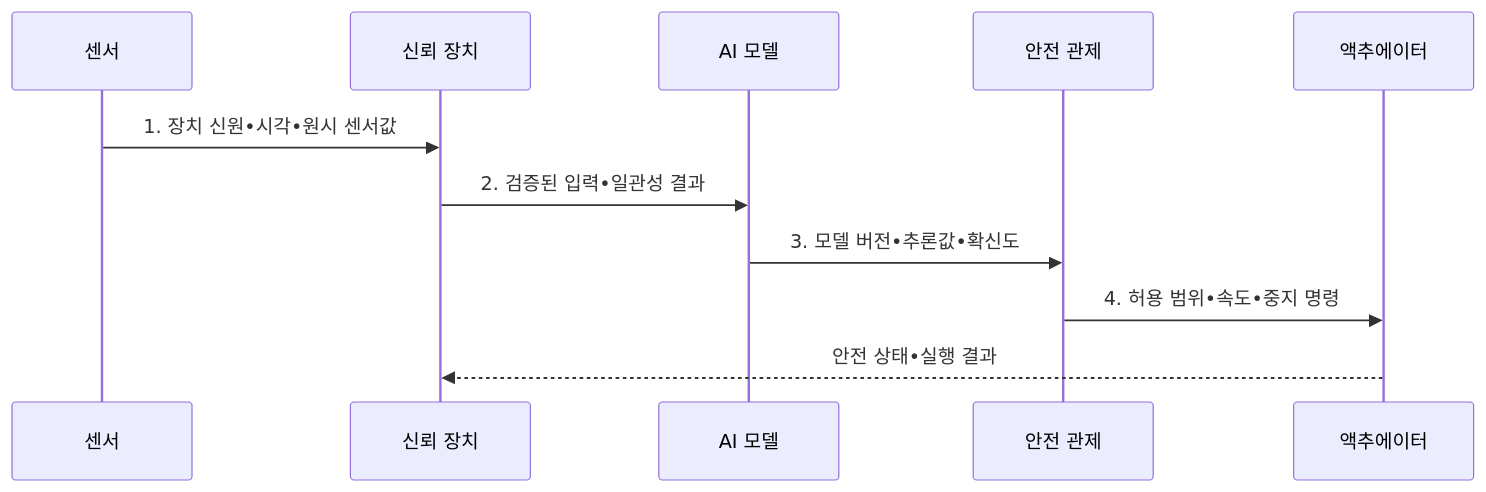
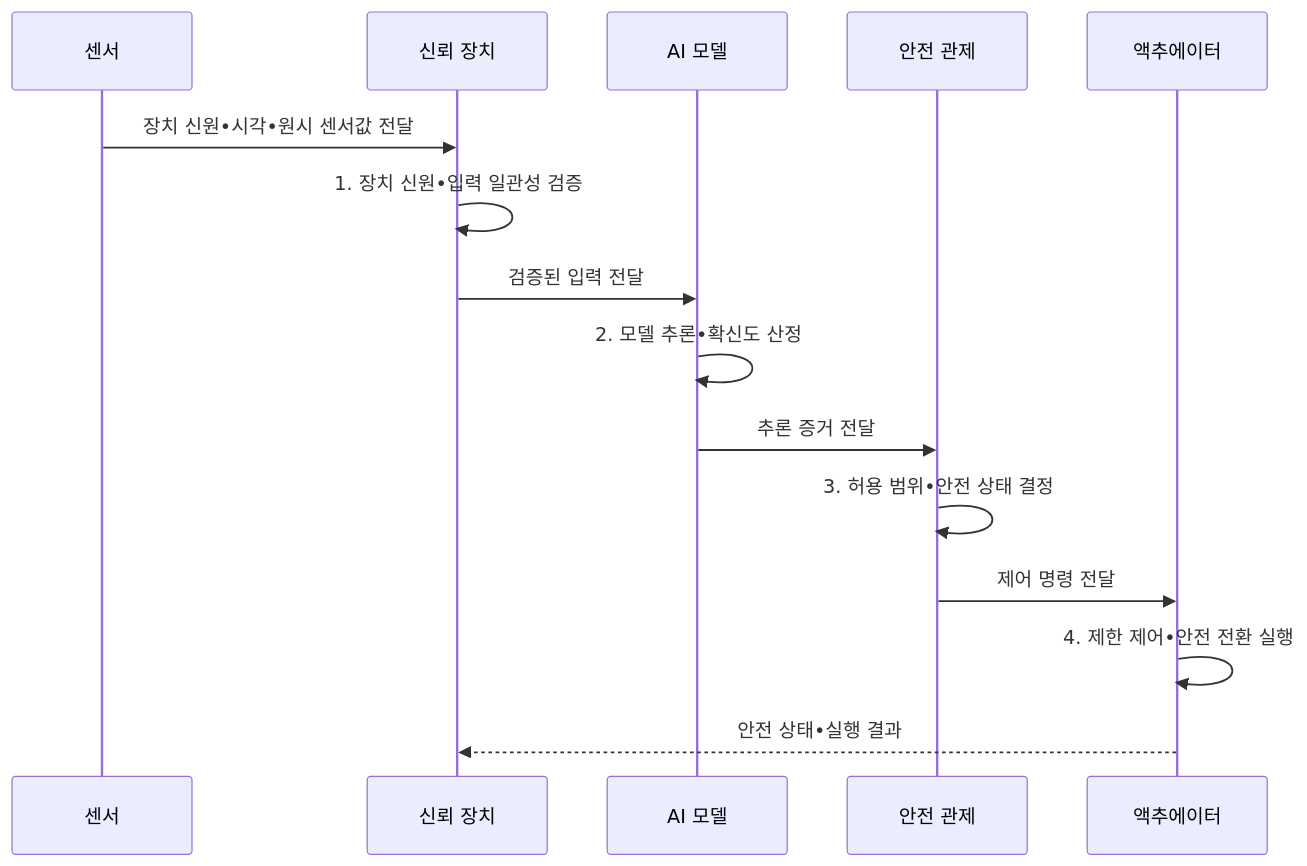
Before and after one commit to agnusdei1207/knowledge-base: the second of 2 diagrams in src/content/docs/notes/05-security/132_aiot_security.md, drawn with Mermaid. The commit also changed other lines of this file and 19 other files, not shown here.

````diff
--- a/src/content/docs/notes/05-security/132_aiot_security.md
+++ b/src/content/docs/notes/05-security/132_aiot_security.md
@@ -104,13 +104,17 @@
 ```mermaid
 sequenceDiagram
   participant S as 센서
   participant D as 신뢰 장치
   participant M as AI 모델
   participant G as 안전 관제
   participant A as 액추에이터
-  S->>D: 1. 장치 신원•시각•원시 센서값
-  D->>M: 2. 검증된 입력•일관성 결과
-  M->>G: 3. 모델 버전•추론값•확신도
-  G->>A: 4. 허용 범위•속도•중지 명령
+  S->>D: 장치 신원•시각•원시 센서값 전달
+  D->>D: 1. 장치 신원•입력 일관성 검증
+  D->>M: 검증된 입력 전달
+  M->>M: 2. 모델 추론•확신도 산정
+  M->>G: 추론 증거 전달
+  G->>G: 3. 허용 범위•안전 상태 결정
+  G->>A: 제어 명령 전달
+  A->>A: 4. 제한 제어•안전 전환 실행
   A-->>D: 안전 상태•실행 결과
 ```
````
